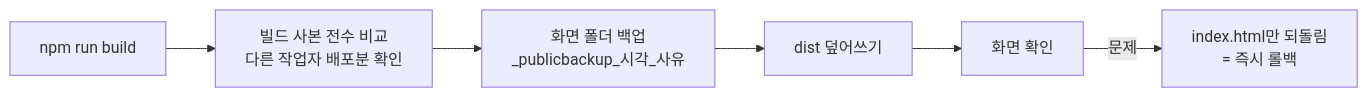
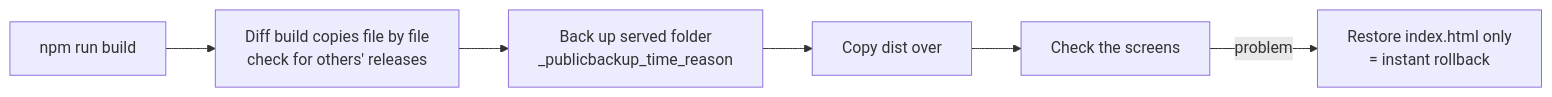
Before and after one commit to hupositoc/product-lifecycle-platform: the diagram in docs/05-operations.md, drawn with Mermaid. The commit also changed other lines of this file and 14 other files, not shown here.

````diff
--- a/docs/05-operations.md
+++ b/docs/05-operations.md
@@ -16,8 +16,8 @@
 ```mermaid
 flowchart LR
-    A[npm run build] --> B[빌드 사본 전수 비교<br/>다른 작업자 배포분 확인]
-    B --> C["화면 폴더 백업<br/>_publicbackup_시각_사유"]
-    C --> D[dist 덮어쓰기]
-    D --> E[화면 확인]
-    E -- 문제 --> F[index.html만 되돌림<br/>= 즉시 롤백]
+    A[npm run build] --> B[Diff build copies file by file<br/>check for others' releases]
+    B --> C["Back up served folder<br/>_publicbackup_time_reason"]
+    C --> D[Copy dist over]
+    D --> E[Check the screens]
+    E -- problem --> F[Restore index.html only<br/>= instant rollback]
 ```
````
